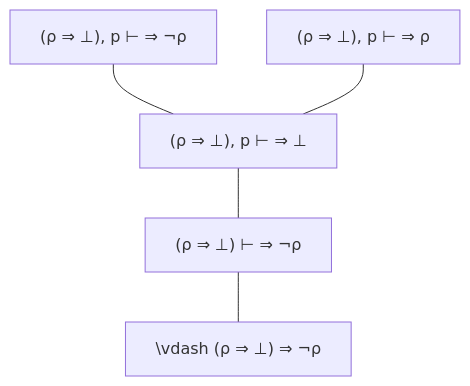
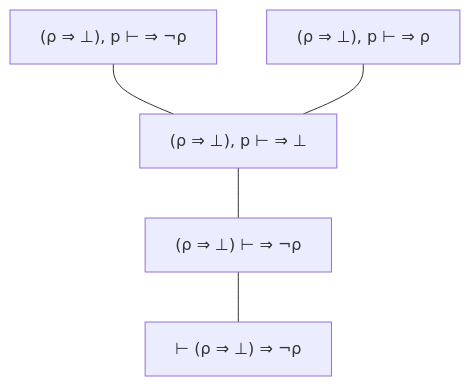
The second of 13 diagrams in Practica/Practica3/Ejercicio5.md (misProyectosPropios/PLP), drawn with Mermaid before and after one commit. The commit also changed other lines of this file and 1 other file, not shown here.

````diff
--- a/Practica/Practica3/Ejercicio5.md
+++ b/Practica/Practica3/Ejercicio5.md
@@ -38,13 +38,13 @@
 ```mermaid
 flowchart BT
  x5["(ρ ⇒ ⊥), p ⊢  ⇒  ρ"]
  x4["(ρ ⇒ ⊥), p ⊢  ⇒ ¬ρ"]
  x3["(ρ ⇒ ⊥), p ⊢  ⇒ ⊥"]
  x2["(ρ ⇒ ⊥) ⊢  ⇒ ¬ρ"]
- x1["\vdash (ρ ⇒ ⊥) ⇒ ¬ρ"]
+ x1["⊢ (ρ ⇒ ⊥) ⇒ ¬ρ"]
  
  x1 --- x2
  x2 --- x3
  x3 --- x4
  x3 --- x5
 ```
````
